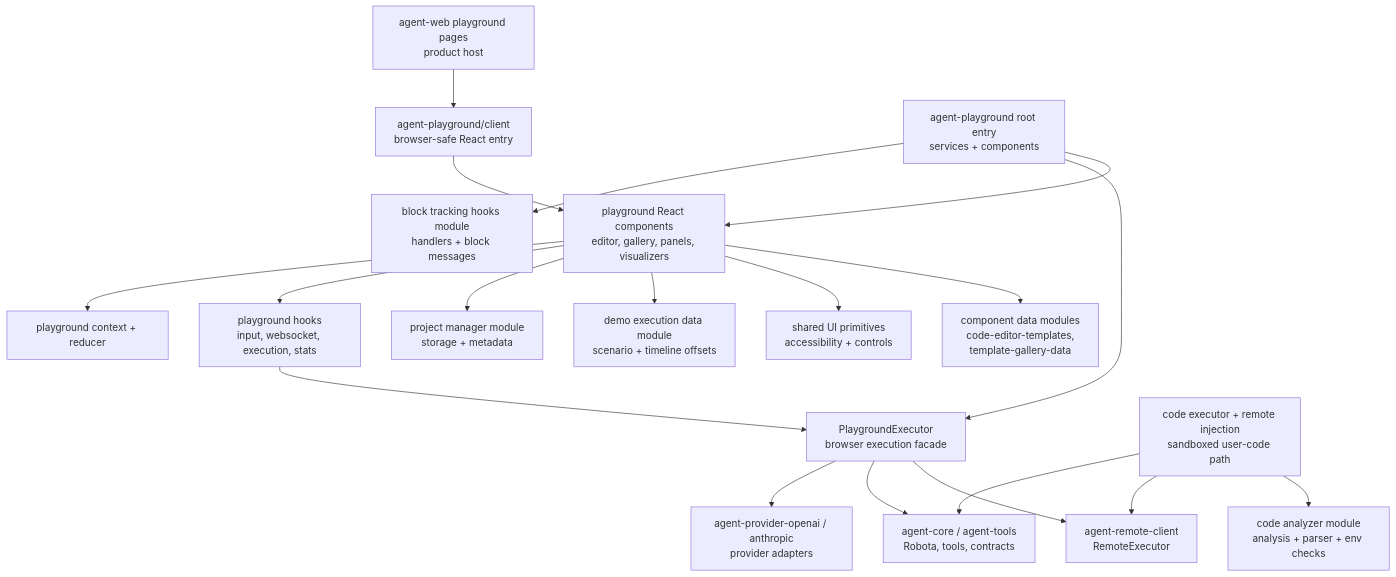
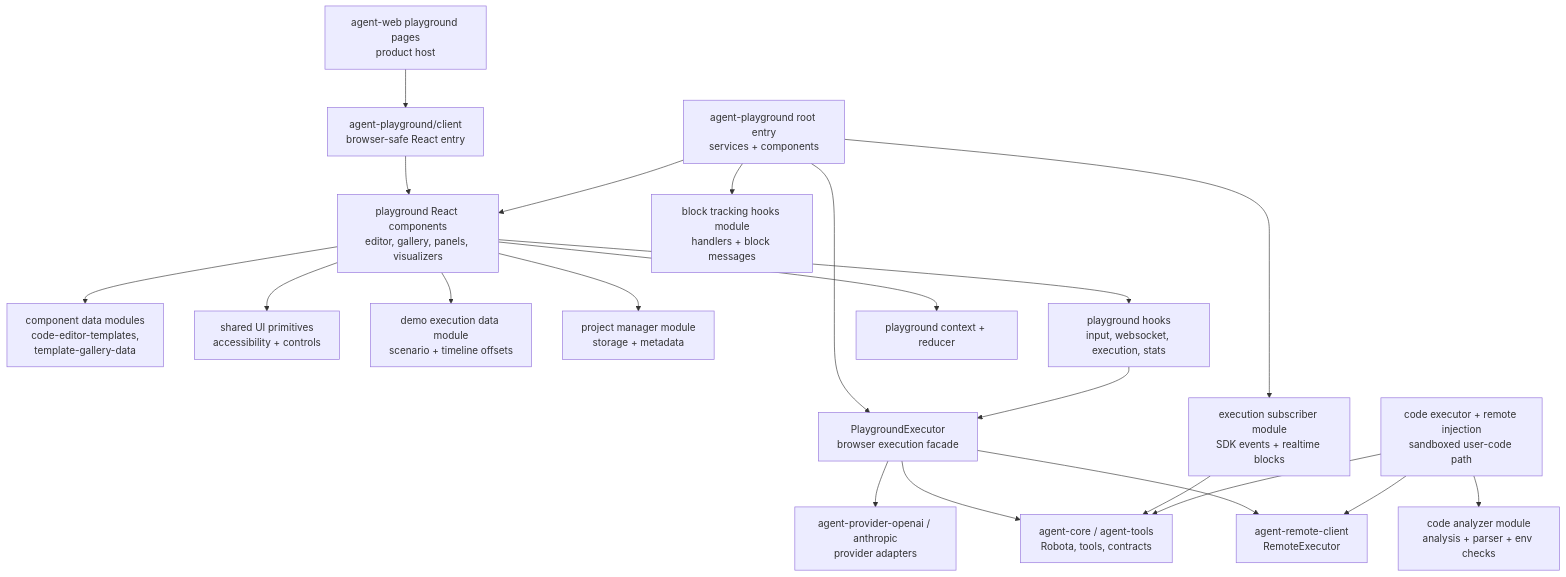
One commit to woojubb/robota changed the third of 6 diagrams in .agents/specs/ARCHITECTURE-MAP.md. Above: the diagram before and after it, drawn with Mermaid. The commit also changed other lines of this file and 12 other files, not shown here.

First line of the commit message:
refactor(playground): split execution subscriber module

````diff
--- a/.agents/specs/ARCHITECTURE-MAP.md
+++ b/.agents/specs/ARCHITECTURE-MAP.md
@@ -119,39 +121,42 @@
 ```mermaid
 flowchart TD
   AgentWeb["agent-web playground pages\nproduct host"]
   ClientEntry["agent-playground/client\nbrowser-safe React entry"]
   RootEntry["agent-playground root entry\nservices + components"]
   Components["playground React components\neditor, gallery, panels, visualizers"]
   ComponentData["component data modules\ncode-editor-templates,\ntemplate-gallery-data"]
   UiPrimitives["shared UI primitives\naccessibility + controls"]
   DemoData["demo execution data module\nscenario + timeline offsets"]
   ProjectManager["project manager module\nstorage + metadata"]
   BlockHooks["block tracking hooks module\nhandlers + block messages"]
+  ExecutionSubscriber["execution subscriber module\nSDK events + realtime blocks"]
   Hooks["playground hooks\ninput, websocket, execution, stats"]
   Context["playground context + reducer"]
   Executor["PlaygroundExecutor\nbrowser execution facade"]
   RemoteInjection["code executor + remote injection\nsandboxed user-code path"]
   CodeAnalyzer["code analyzer module\nanalysis + parser + env checks"]
   RemoteClient["agent-remote-client\nRemoteExecutor"]
   Core["agent-core / agent-tools\nRobota, tools, contracts"]
   Providers["agent-provider-openai / anthropic\nprovider adapters"]
 
   AgentWeb --> ClientEntry
   ClientEntry --> Components
   RootEntry --> Components
   RootEntry --> Executor
   RootEntry --> BlockHooks
+  RootEntry --> ExecutionSubscriber
   Components --> ComponentData
   Components --> UiPrimitives
   Components --> DemoData
   Components --> ProjectManager
   Components --> Hooks
   Components --> Context
   Hooks --> Executor
   RemoteInjection --> CodeAnalyzer
   Executor --> RemoteClient
   Executor --> Core
   Executor --> Providers
+  ExecutionSubscriber --> Core
   RemoteInjection --> RemoteClient
   RemoteInjection --> Core
 ```
````
